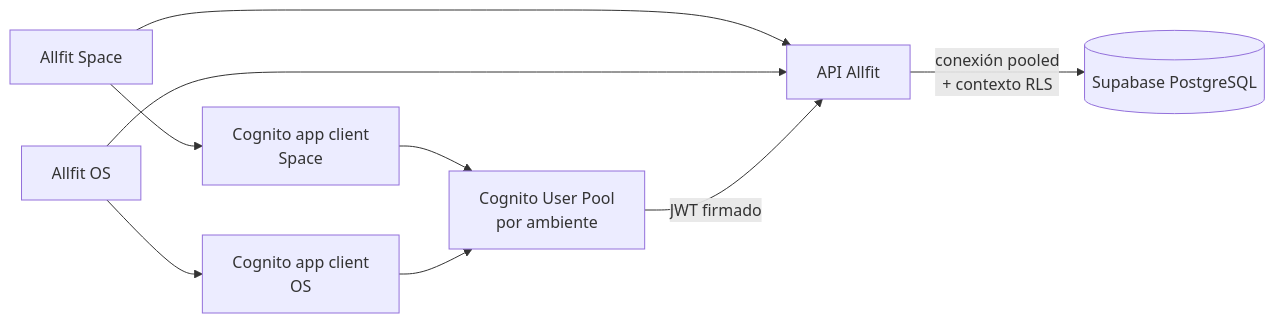
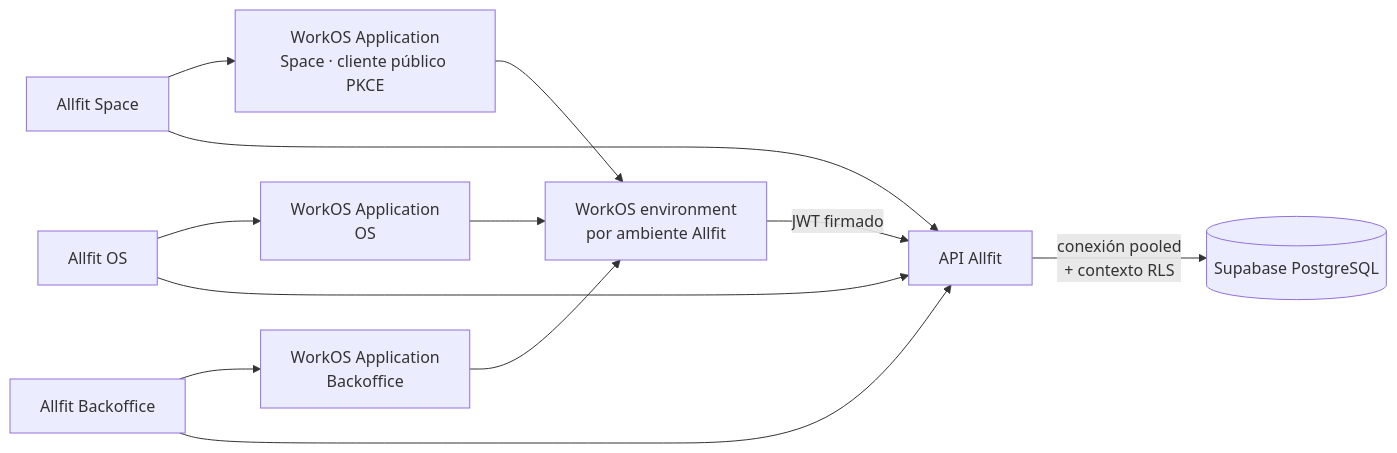
One commit to allfitone/allfitone-docs changed the third of 4 diagrams in platform/database/refactor/02_ARCHITECTURE_DECISIONS/ALLFIT_ARCHITECTURE_DECISIONS.md. Above: the diagram before and after it, drawn with Mermaid. The commit also changed other lines of this file and 19 other files, not shown here.

Commit message:
docs: migrate authentication from Cognito to WorkOS

````diff
--- a/platform/database/refactor/02_ARCHITECTURE_DECISIONS/ALLFIT_ARCHITECTURE_DECISIONS.md
+++ b/platform/database/refactor/02_ARCHITECTURE_DECISIONS/ALLFIT_ARCHITECTURE_DECISIONS.md
@@ -240,14 +242,17 @@
 ```mermaid
 flowchart LR
-    space["Allfit Space"] --> spaceClient["Cognito app client<br/>Space"]
-    os["Allfit OS"] --> osClient["Cognito app client<br/>OS"]
+    space["Allfit Space"] --> spaceClient["WorkOS Application<br/>Space · cliente público PKCE"]
+    os["Allfit OS"] --> osClient["WorkOS Application<br/>OS"]
+    backoffice["Allfit Backoffice"] --> backofficeClient["WorkOS Application<br/>Backoffice"]
 
-    spaceClient --> pool["Cognito User Pool<br/>por ambiente"]
+    spaceClient --> pool["WorkOS environment<br/>por ambiente Allfit"]
     osClient --> pool
+    backofficeClient --> pool
 
     space --> api["API Allfit"]
     os --> api
+    backoffice --> api
     pool -->|"JWT firmado"| api
 
     api -->|"conexión pooled<br/>+ contexto RLS"| db[("Supabase PostgreSQL")]
 ```
````
